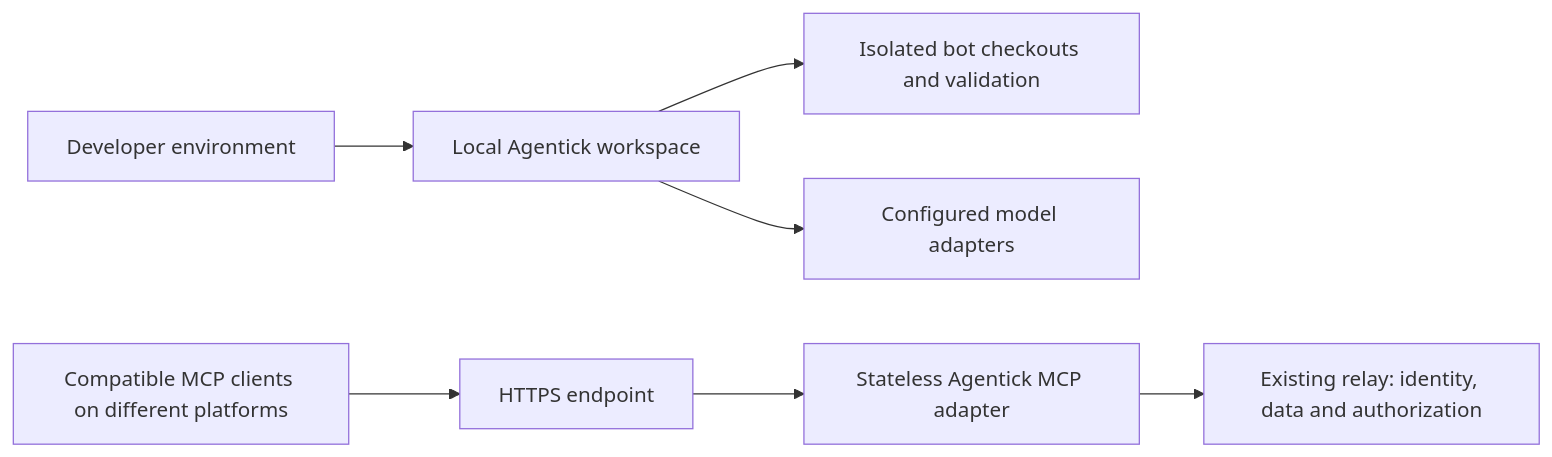
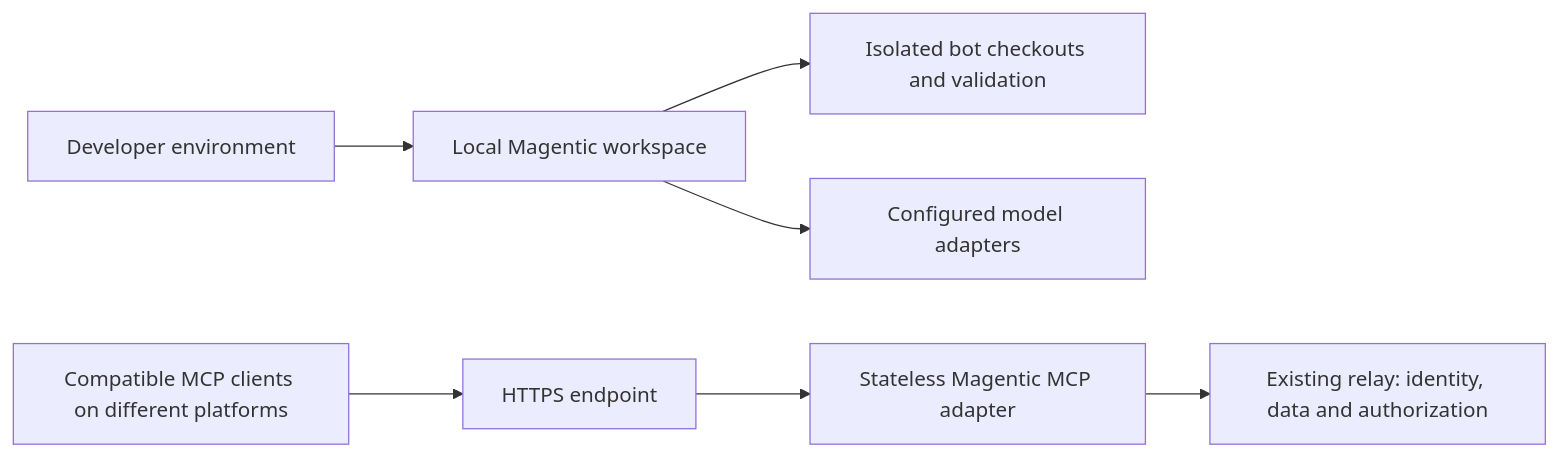
One commit to nsirivolu27/Agentick.AI changed the diagram in deploy/README.md. Above: the diagram before and after it, drawn with Mermaid. The commit also changed other lines of this file and 274 other files, not shown here.

````diff
--- a/deploy/README.md
+++ b/deploy/README.md
@@ -12,9 +12,9 @@
 ```mermaid
 flowchart LR
-  Developer[Developer environment] --> Local[Local Agentick workspace]
+  Developer[Developer environment] --> Local[Local Magentic workspace]
   Local --> Bots[Isolated bot checkouts and validation]
   Clients[Compatible MCP clients on different platforms] --> TLS[HTTPS endpoint]
-  TLS --> Adapter[Stateless Agentick MCP adapter]
+  TLS --> Adapter[Stateless Magentic MCP adapter]
   Adapter --> Relay[Existing relay: identity, data and authorization]
   Local --> Models[Configured model adapters]
 ```
````
